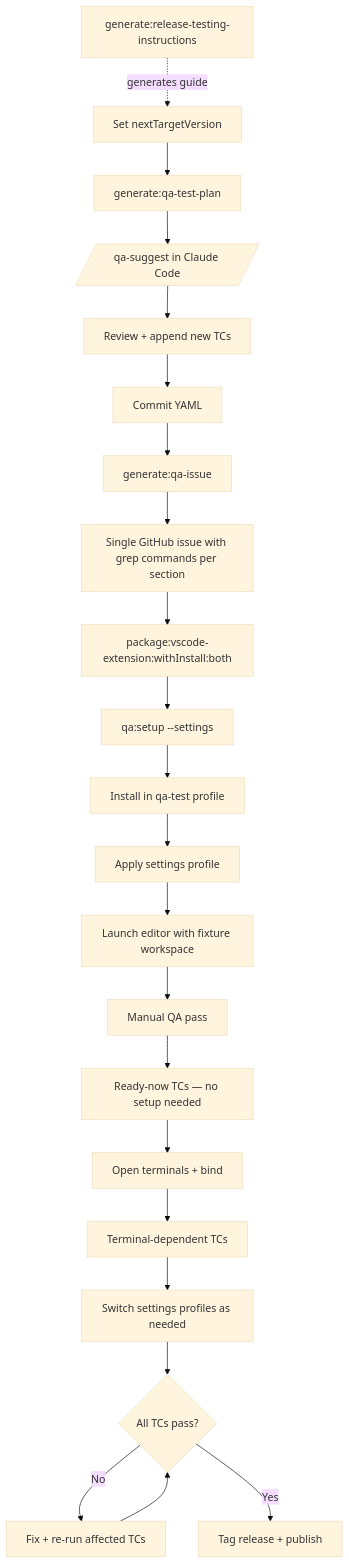
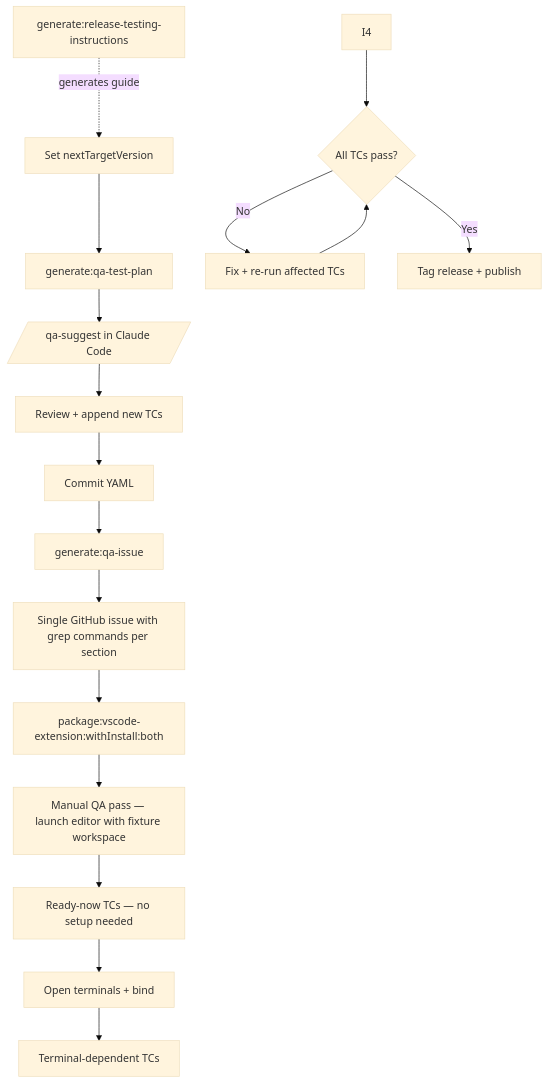
Before and after one commit to couimet/rangeLink: the first of 2 diagrams in packages/rangelink-vscode-extension/TESTING.md, drawn with Mermaid (base theme). The commit also changed other lines of this file and 26 other files, not shown here.

````diff
--- a/packages/rangelink-vscode-extension/TESTING.md
+++ b/packages/rangelink-vscode-extension/TESTING.md
@@ -36,24 +35,19 @@
 ```mermaid
 flowchart TD
     Z[generate:release-testing-instructions] -.->|generates guide| A
     A[Set nextTargetVersion] --> B[generate:qa-test-plan]
     B --> C[/qa-suggest in Claude Code/]
     C --> D[Review + append new TCs]
     D --> E[Commit YAML]
     E --> F[generate:qa-issue]
     F --> G[Single GitHub issue with grep commands per section]
     G --> H[package:vscode-extension:withInstall:both]
-    H --> H1[qa:setup --settings <profile>]
-    H1 --> H2[Install in qa-test profile]
-    H2 --> H3[Apply settings profile]
-    H3 --> H4[Launch editor with fixture workspace]
-    H4 --> I[Manual QA pass]
+    H --> I[Manual QA pass — launch editor with fixture workspace]
     I --> I1[Ready-now TCs — no setup needed]
     I1 --> I2[Open terminals + bind]
     I2 --> I3[Terminal-dependent TCs]
-    I3 --> I4[Switch settings profiles as needed]
     I4 --> J{All TCs pass?}
     J -- No --> K[Fix + re-run affected TCs]
     K --> J
     J -- Yes --> L[Tag release + publish]
 ```
````
